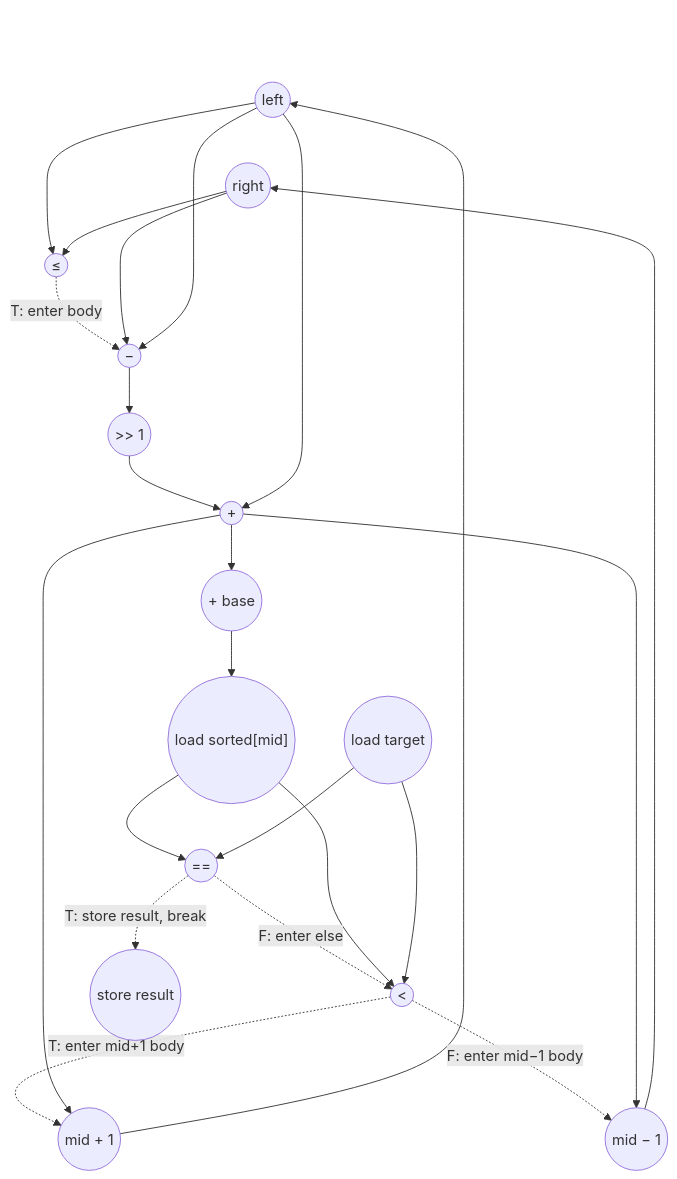
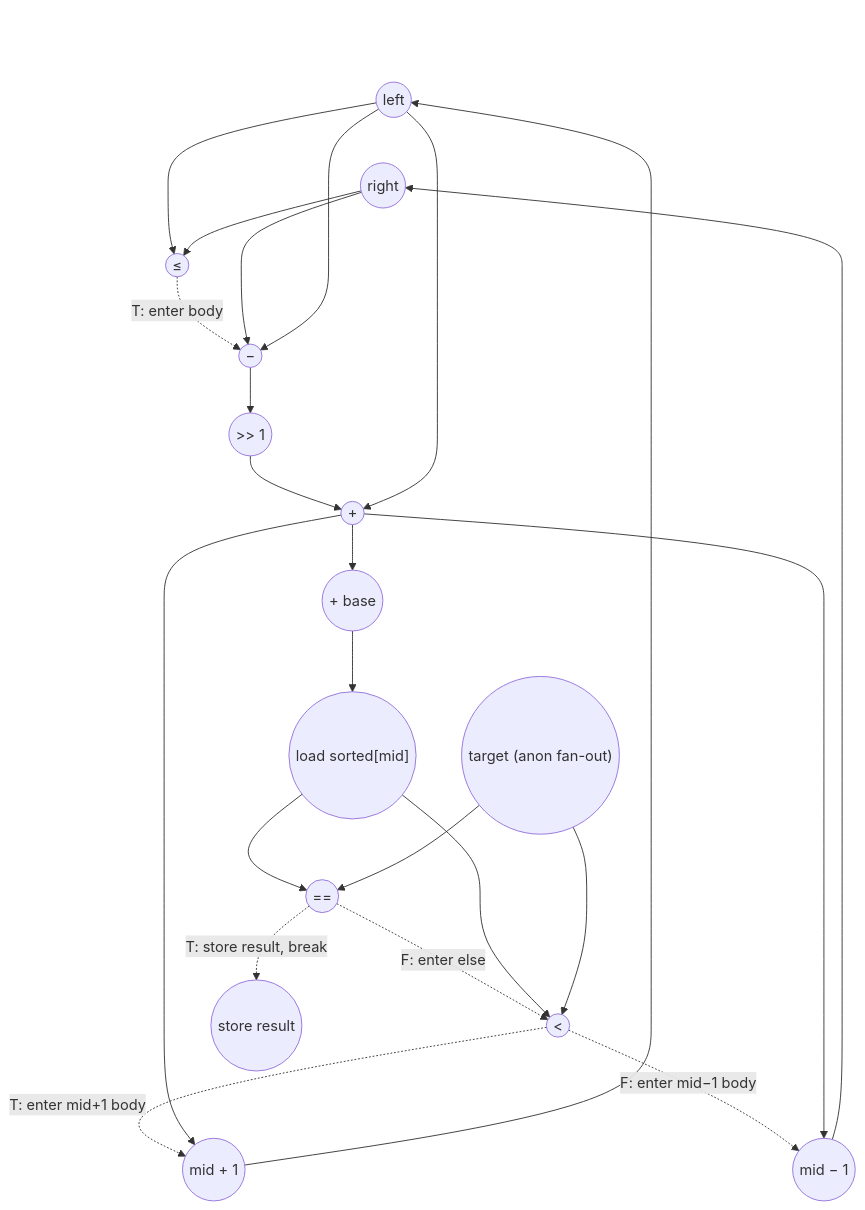
Before and after one commit to PolyArch/loom: the diagram in tests/app/binary_search/binary_search_eval.md, drawn with Mermaid. The commit also changed other lines of this file and 3 other files, not shown here.

````diff
--- a/tests/app/binary_search/binary_search_eval.md
+++ b/tests/app/binary_search/binary_search_eval.md
@@ -109,67 +109,68 @@
 ```mermaid
 graph TD
     %% Formatting
     top_anchor[" "]:::hidden
     classDef hidden fill:transparent,stroke:transparent,color:transparent
     top_anchor ~~~ left ~~~ right ~~~ target
 
-    %% Carried-in scalars (per Convention 6, each named read is a 1-cycle load)
+    %% Memory-backed carried scalars (`left`, `right`) are multi-assignment + loop-carried → 1-cycle named load each per inner iter.
+    %% `target` is anonymous dataflow (single-decl, not loop-carried) → free fan-out from the outer `load input_targets[t]`, no per-iter load.
     left(("left"))
     right(("right"))
-    target(("load target"))
+    target(("target (anon fan-out)"))
 
     %% Body compute
     cmp_le((" ≤ "))
     sub((" − "))
     shift((" >> 1 "))
     add_mid((" + "))
     addr((" + base "))
     ld_sorted(("load sorted[mid]"))
     cmp_eq((" == "))
     cmp_lt((" < "))
     add_p1((" mid + 1 "))
     sub_m1((" mid − 1 "))
 
     %% Stores (carry-out)
     st_result(("store result"))
 
     %% Bound check (gates body entry under strict no-pred)
     left --> cmp_le
     right --> cmp_le
 
     %% Compute mid (waits for cmp_le under strict)
     cmp_le -. T: enter body .-> sub
     right --> sub
     left --> sub
     sub --> shift
     shift --> add_mid
     left --> add_mid
 
     %% Load sorted[mid]
     add_mid --> addr
     addr --> ld_sorted
 
     %% Compare against target (cmp_lt is in the else of cmp_eq → waits for cmp_eq)
     ld_sorted --> cmp_eq
     target --> cmp_eq
     cmp_eq -. F: enter else .-> cmp_lt
     ld_sorted --> cmp_lt
     target --> cmp_lt
 
     %% Update arithmetic — waits for cmp_lt under strict (inside else-if body)
     cmp_lt -. T: enter mid+1 body .-> add_p1
     cmp_lt -. F: enter mid−1 body .-> sub_m1
     add_mid --> add_p1
     add_mid --> sub_m1
 
     %% Break path
     cmp_eq -. T: store result, break .-> st_result
 
     %% Continue path (the taken arm's store closes the carry)
     add_p1 --> left
     sub_m1 --> right
 
     %% Critical path (11-cycle body): right → cmp_le → [gate] → sub → shift → add_mid → addr → ld_sorted → cmp_eq → [gate] → cmp_lt → [gate] → add_p1 → left
     %% Highlights the dataflow chain plus the three strict no-pred compare→body gates (5, 15, 18)
     %% linkStyle 4,5,8,9,11,12,13,15,18,23 stroke:#ff0000,stroke-width:3px;
 ```
````
